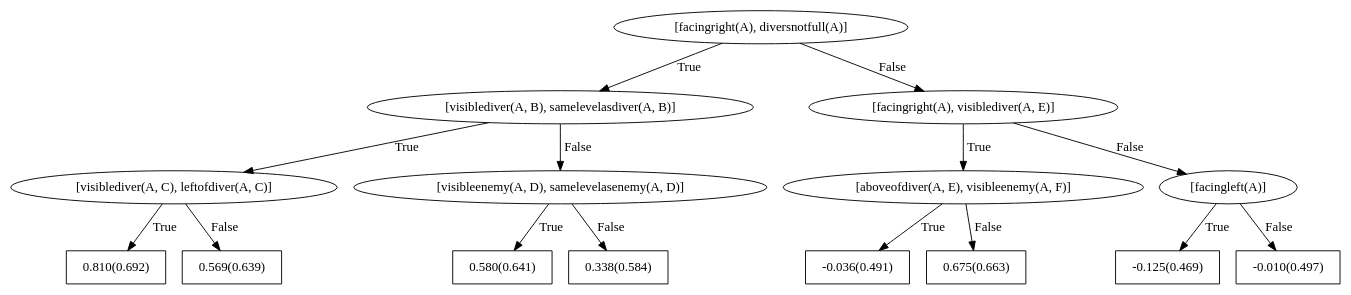
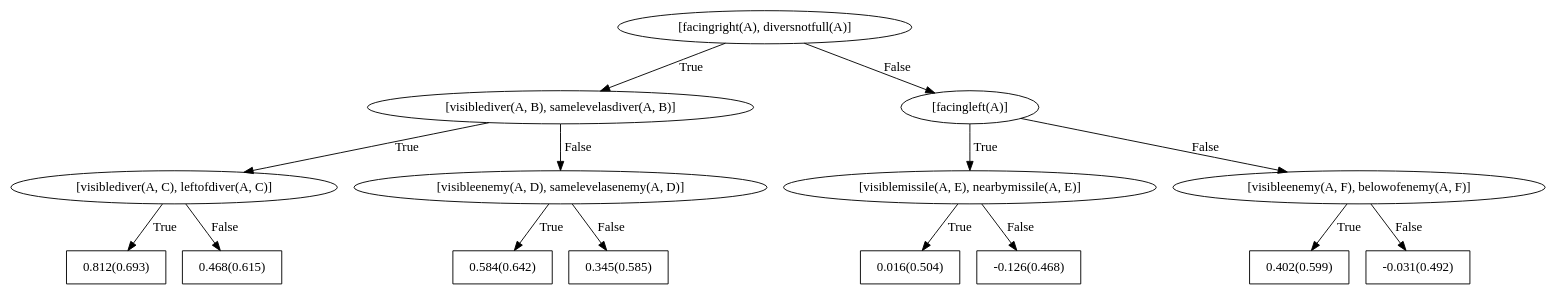
Before and after one commit to nikhileshp/NeSY-Imitation-Learning: the diagram in rdn_models/seaquest/weighted_1object_negpos_2_trees_1_depth_2/right/bRDNs/dotFiles/WILLTreeFor_right0.dot, drawn with Graphviz. The commit also changed 309 other files, not shown here.

```diff
--- a/rdn_models/seaquest/weighted_1object_negpos_2_trees_1_depth_2/right/bRDNs/dotFiles/WILLTreeFor_right0.dot
+++ b/rdn_models/seaquest/weighted_1object_negpos_2_trees_1_depth_2/right/bRDNs/dotFiles/WILLTreeFor_right0.dot
@@ -1,31 +1,31 @@
 digraph G{ 
 1[label = "[facingright(A), diversnotfull(A)]"];
 1 -> 2[label="True"];
 1 -> 3[label="False"];
 2[label = "[visiblediver(A, B), samelevelasdiver(A, B)]"];
 2 -> 4[label="True"];
 2 -> 5[label="False"];
 4[label = "[visiblediver(A, C), leftofdiver(A, C)]"];
 4 -> 6[label="True"];
 4 -> 7[label="False"];
-6[shape = box,label = "0.810(0.692)"];
-7[shape = box,label = "0.569(0.639)"];
+6[shape = box,label = "0.812(0.693)"];
+7[shape = box,label = "0.468(0.615)"];
 5[label = "[visibleenemy(A, D), samelevelasenemy(A, D)]"];
 5 -> 8[label="True"];
 5 -> 9[label="False"];
-8[shape = box,label = "0.580(0.641)"];
-9[shape = box,label = "0.338(0.584)"];
-3[label = "[facingright(A), visiblediver(A, E)]"];
+8[shape = box,label = "0.584(0.642)"];
+9[shape = box,label = "0.345(0.585)"];
+3[label = "[facingleft(A)]"];
 3 -> 10[label="True"];
 3 -> 11[label="False"];
-10[label = "[aboveofdiver(A, E), visibleenemy(A, F)]"];
+10[label = "[visiblemissile(A, E), nearbymissile(A, E)]"];
 10 -> 12[label="True"];
 10 -> 13[label="False"];
-12[shape = box,label = "-0.036(0.491)"];
-13[shape = box,label = "0.675(0.663)"];
-11[label = "[facingleft(A)]"];
+12[shape = box,label = "0.016(0.504)"];
+13[shape = box,label = "-0.126(0.468)"];
+11[label = "[visibleenemy(A, F), belowofenemy(A, F)]"];
 11 -> 14[label="True"];
 11 -> 15[label="False"];
-14[shape = box,label = "-0.125(0.469)"];
-15[shape = box,label = "-0.010(0.497)"];
+14[shape = box,label = "0.402(0.599)"];
+15[shape = box,label = "-0.031(0.492)"];
 }
```
